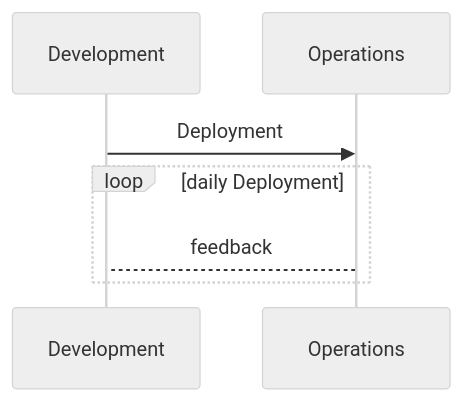
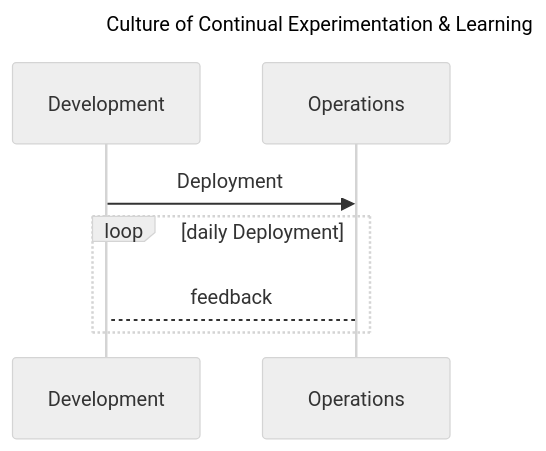
One commit to nepalsingh/cloud-training changed the sixth of 6 diagrams in README.md. Above: the diagram before and after it, drawn with Mermaid (neutral theme). The commit also changed other lines of this file, not shown here.

Commit message:
Update flowchart

````diff
--- a/README.md
+++ b/README.md
@@ -924,9 +925,12 @@
 ```mermaid
+---
+title: Culture of Continual Experimentation & Learning
+---
 
 sequenceDiagram
   Development ->> Operations: Deployment
   loop daily Deployment
     Operations --> Development: feedback
   end
 
 ```
````
